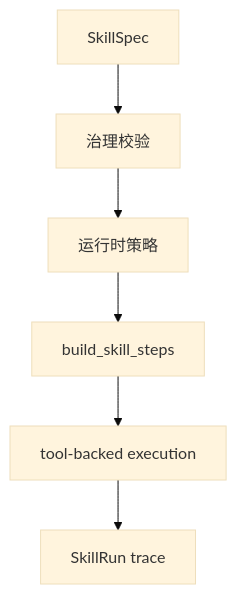
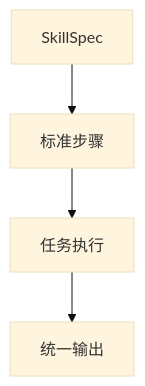
The third of 5 diagrams in publish/drafts/ch07/ch07.md (XiaoHG/agi_agent), drawn with Mermaid (base theme) before and after one commit. The commit also changed other lines of this file and 16 other files, not shown here.

````diff
--- a/publish/drafts/ch07/ch07.md
+++ b/publish/drafts/ch07/ch07.md
@@ -55,8 +53,6 @@
 ```mermaid
 flowchart TD
-    G1[SkillSpec] --> G2[治理校验]
-    G2 --> G3[运行时策略]
-    G3 --> G4[build_skill_steps]
-    G4 --> G5[tool-backed execution]
-    G5 --> G6[SkillRun trace]
+    G1[SkillSpec] --> G2[标准步骤]
+    G2 --> G3[任务执行]
+    G3 --> G4[统一输出]
 ```
````
